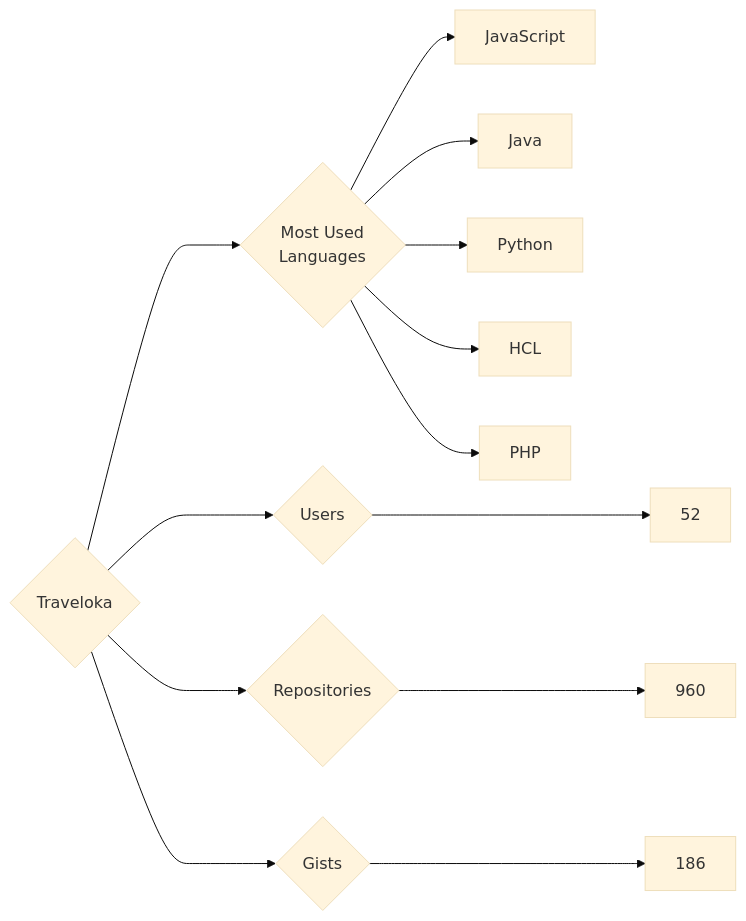
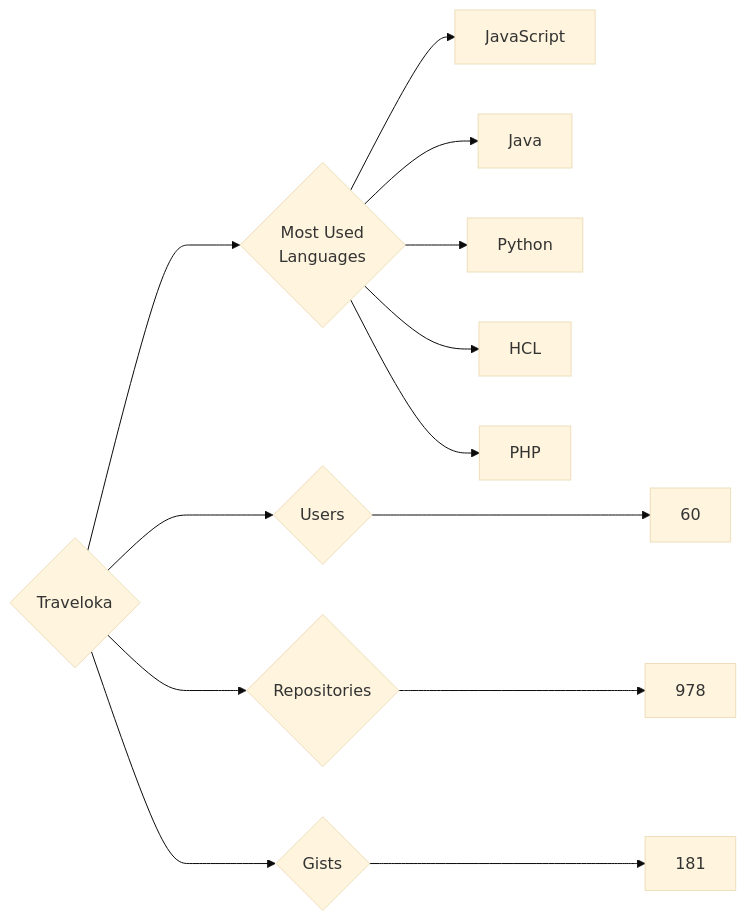
One commit to trickest/insiders changed the diagram in targets/Traveloka/README.md. Above: the diagram before and after it, drawn with Mermaid (base theme). The commit also changed 773 other files, not shown here.

````diff
--- a/targets/Traveloka/README.md
+++ b/targets/Traveloka/README.md
@@ -3,13 +3,13 @@
 ```mermaid
 graph LR
 COMPANY_NAME{Traveloka}
-COMPANY_NAME ---> U{Users} ---> UN[52]
-COMPANY_NAME ---> R{Repositories} ---> RN[960]
-COMPANY_NAME ---> G{Gists} ---> GN[186]
+COMPANY_NAME ---> U{Users} ---> UN[60]
+COMPANY_NAME ---> R{Repositories} ---> RN[978]
+COMPANY_NAME ---> G{Gists} ---> GN[181]
 COMPANY_NAME ---> ML{Most Used<br>Languages}
 ML --> JavaScript[JavaScript]
 ML --> Java[Java]
 ML --> Python[Python]
 ML --> HCL[HCL]
 ML --> PHP[PHP]
 ```
````
